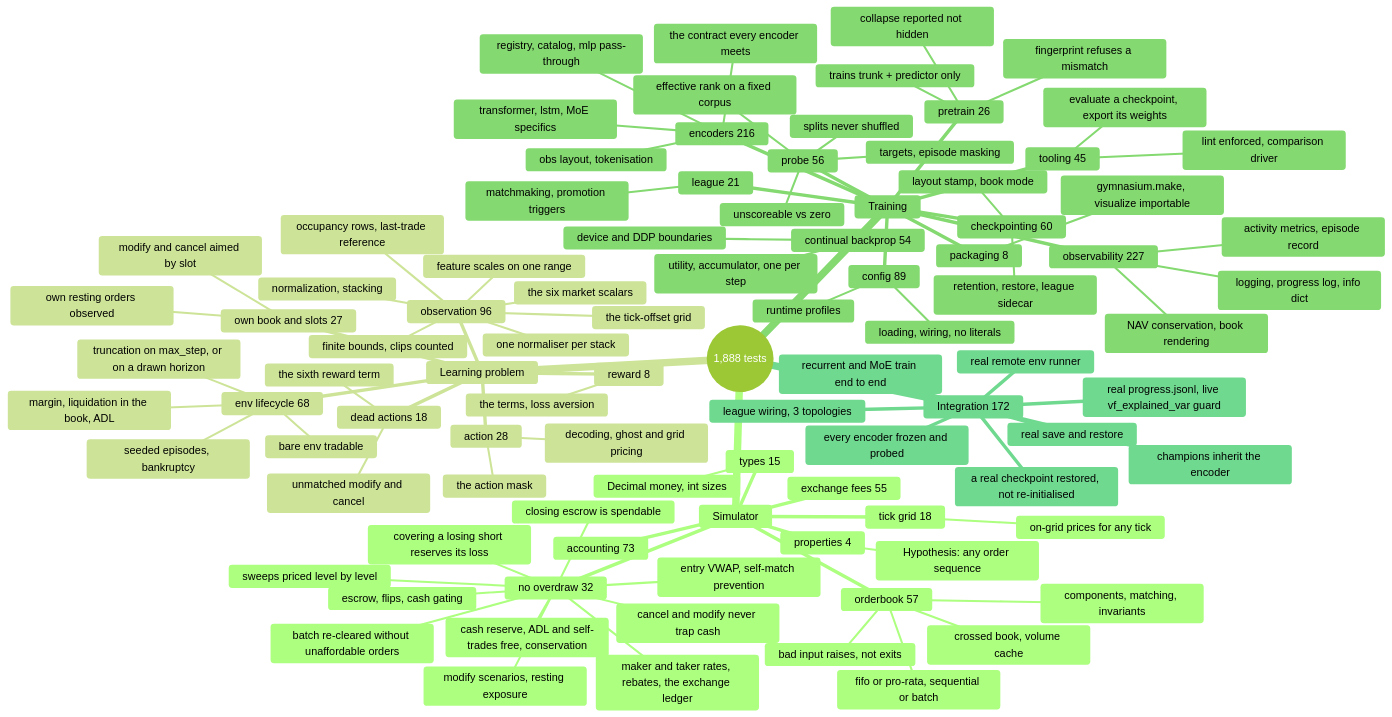
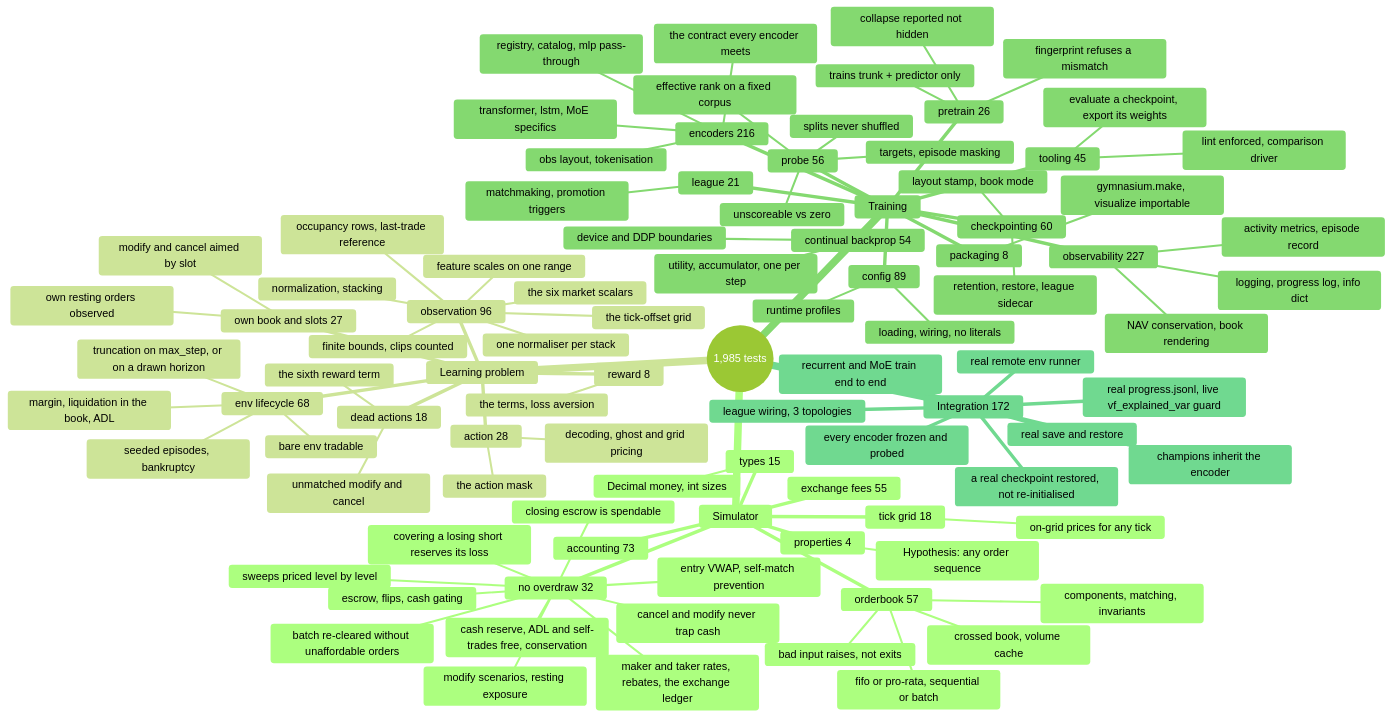
Before and after one commit to ChuaCheowHuan/gym-continuousDoubleAuction: the diagram in doc/10_testing.md, drawn with Mermaid (forest theme). The commit also changed other lines of this file and 10 other files, not shown here.

````diff
--- a/doc/10_testing.md
+++ b/doc/10_testing.md
@@ -160,6 +161,6 @@
 ```mermaid
 mindmap
-  root((1,888 tests))
+  root((1,985 tests))
     Simulator
       orderbook 57
         components, matching, invariants
````
